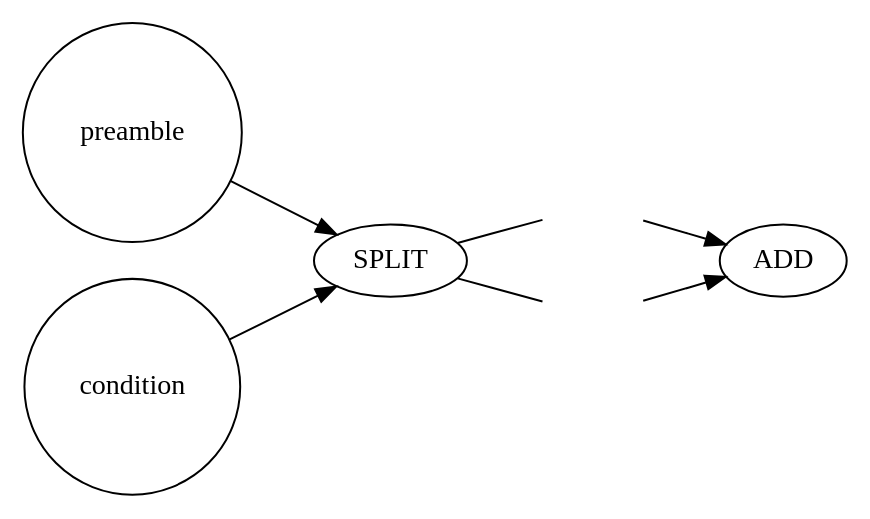
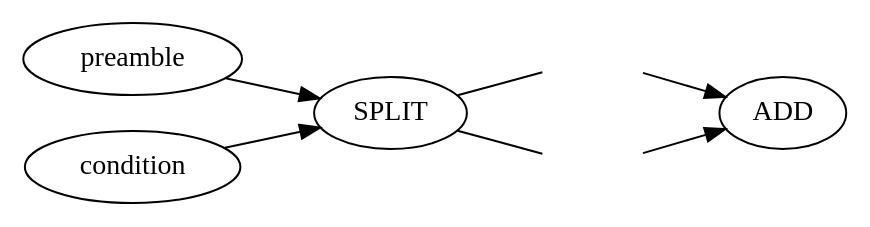
One commit to kareltucek/ctb changed the diagram in thesis/contents/graphs/inconsistent.dot. Above: the diagram before and after it, drawn with Graphviz. The commit also changed 40 other files, not shown here.

```diff
--- a/thesis/contents/graphs/inconsistent.dot
+++ b/thesis/contents/graphs/inconsistent.dot
@@ -1,20 +1,20 @@
 digraph{
 #vertical 10
 #include
   rankdir = LR;
-  a[label="preamble",shape="circle"]
-  b[label="condition",shape="circle"]
+  a[label="preamble",shape="ellipse"]
+  b[label="condition",shape="ellipse"]
   c[label="SPLIT"]
 
   g1[style="invis"];
   g2[style="invis"];
 
   e[label="ADD"]
 
   a->c;
   b->c;
   c->g1 [dir=none];
   c->g2 [dir=none];
   g1->e;
   g2->e;
 }
```
